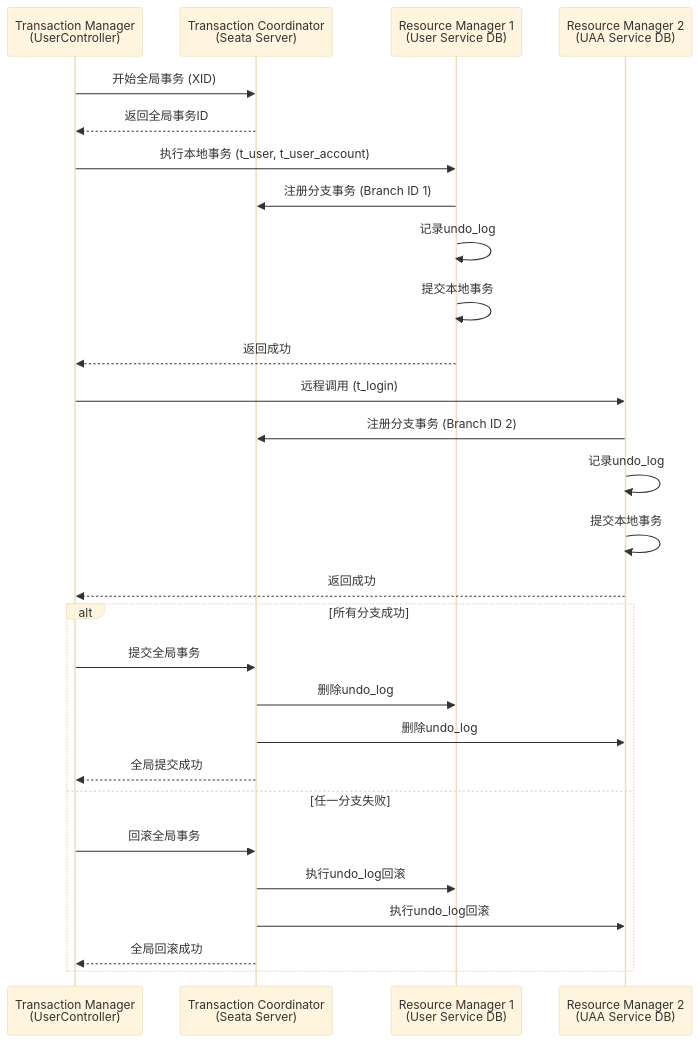
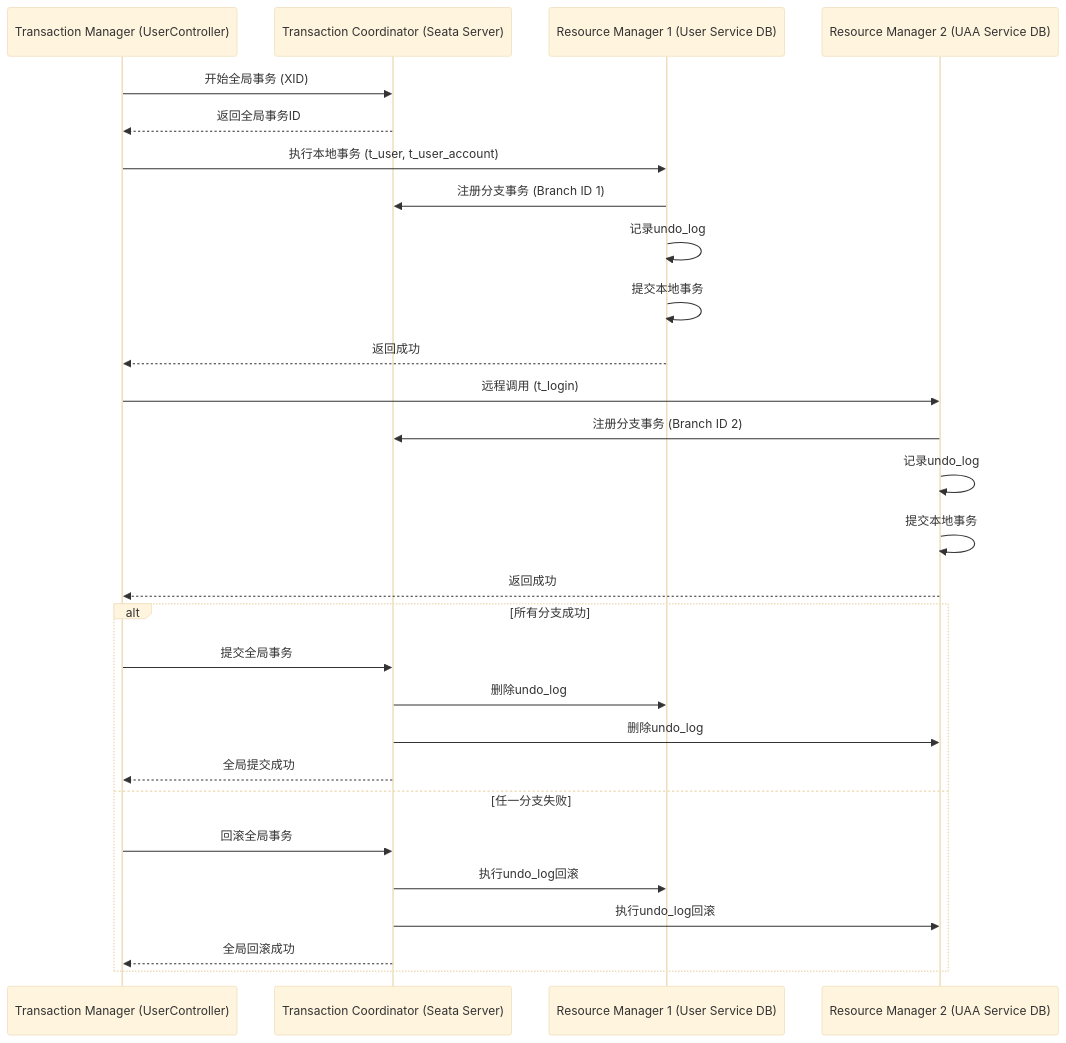
The second of 2 diagrams in docs/project/xuebay/xuebay10-用户注册.md (hongchaozhu-it/note), drawn with Mermaid (base theme) before and after one commit. The commit also changed other lines of this file, not shown here.

````diff
--- a/docs/project/xuebay/xuebay10-用户注册.md
+++ b/docs/project/xuebay/xuebay10-用户注册.md
@@ -300,34 +300,34 @@
 ```mermaid
 sequenceDiagram
-    participant TM as Transaction Manager<br/>(UserController)
-    participant TC as Transaction Coordinator<br/>(Seata Server)
-    participant RM1 as Resource Manager 1<br/>(User Service DB)
-    participant RM2 as Resource Manager 2<br/>(UAA Service DB)
+    participant TM as Transaction Manager (UserController)
+    participant TC as Transaction Coordinator (Seata Server)
+    participant RM1 as Resource Manager 1 (User Service DB)
+    participant RM2 as Resource Manager 2 (UAA Service DB)
     
     TM->>TC: 开始全局事务 (XID)
     TC-->>TM: 返回全局事务ID
     
     TM->>RM1: 执行本地事务 (t_user, t_user_account)
     RM1->>TC: 注册分支事务 (Branch ID 1)
     RM1->>RM1: 记录undo_log
     RM1->>RM1: 提交本地事务
     RM1-->>TM: 返回成功
     
     TM->>RM2: 远程调用 (t_login)
     RM2->>TC: 注册分支事务 (Branch ID 2)
     RM2->>RM2: 记录undo_log
     RM2->>RM2: 提交本地事务
     RM2-->>TM: 返回成功
     
     alt 所有分支成功
         TM->>TC: 提交全局事务
         TC->>RM1: 删除undo_log
         TC->>RM2: 删除undo_log
         TC-->>TM: 全局提交成功
     else 任一分支失败
         TM->>TC: 回滚全局事务
         TC->>RM1: 执行undo_log回滚
         TC->>RM2: 执行undo_log回滚
         TC-->>TM: 全局回滚成功
     end
 ```
````
